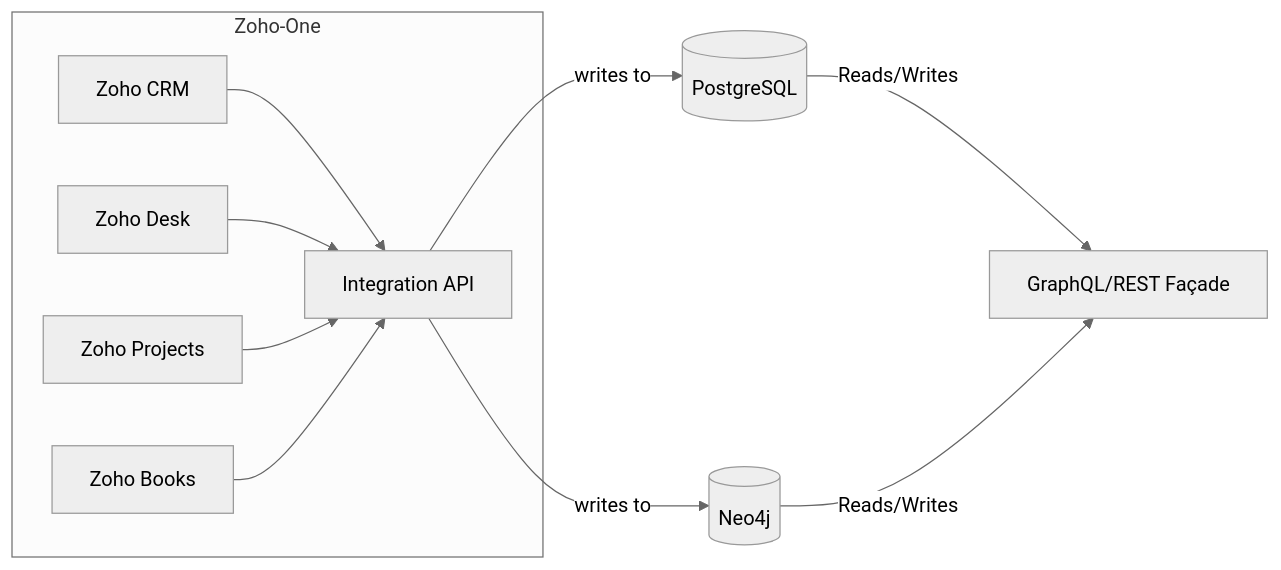
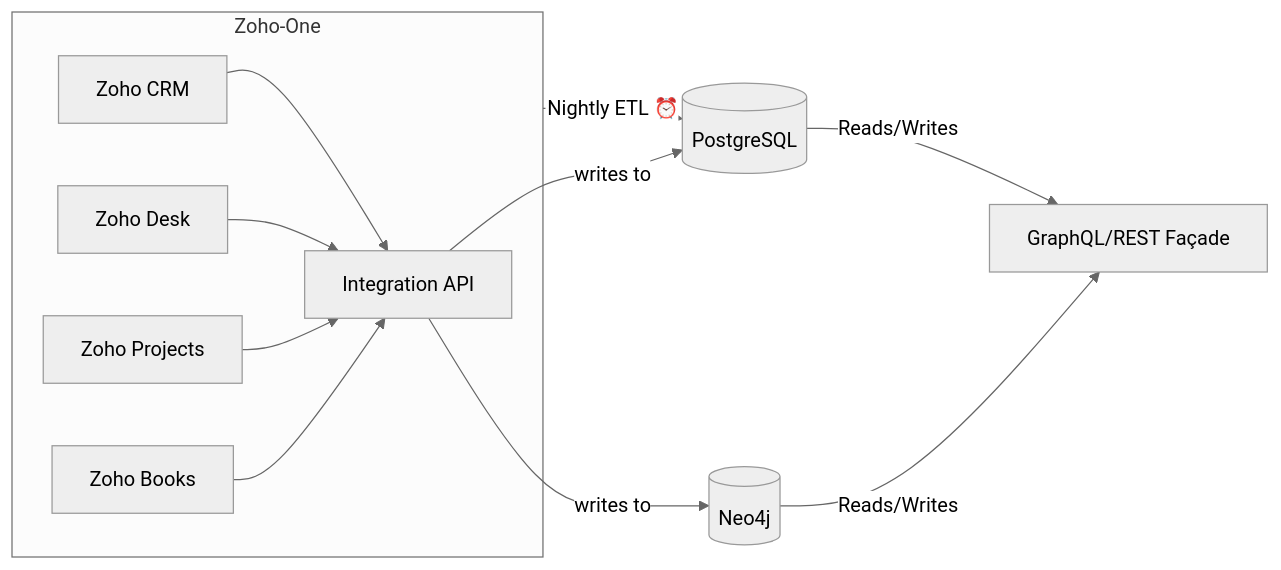
The diagram in diagrams/high_level_architecture.mmd (wkatir/developer-architecture-framework-proposal), drawn with Mermaid (neutral theme) before and after one commit. The commit also changed 17 other files, not shown here.

```diff
--- a/diagrams/high_level_architecture.mmd
+++ b/diagrams/high_level_architecture.mmd
@@ -1,11 +1,12 @@
 flowchart LR
   subgraph Zoho-One
     CRM[Zoho CRM] --> API[Integration API]
     Desk[Zoho Desk] --> API
     Proj[Zoho Projects] --> API
     Books[Zoho Books] --> API
   end
   API -->|writes to| PG[(PostgreSQL)]
   API -->|writes to| NG[(Neo4j)]
+  Zoho-One -.->|Nightly ETL ⏰| PG
   PG -- Reads/Writes --> Facade[GraphQL/REST Façade]
   NG -- Reads/Writes --> Facade 
```
